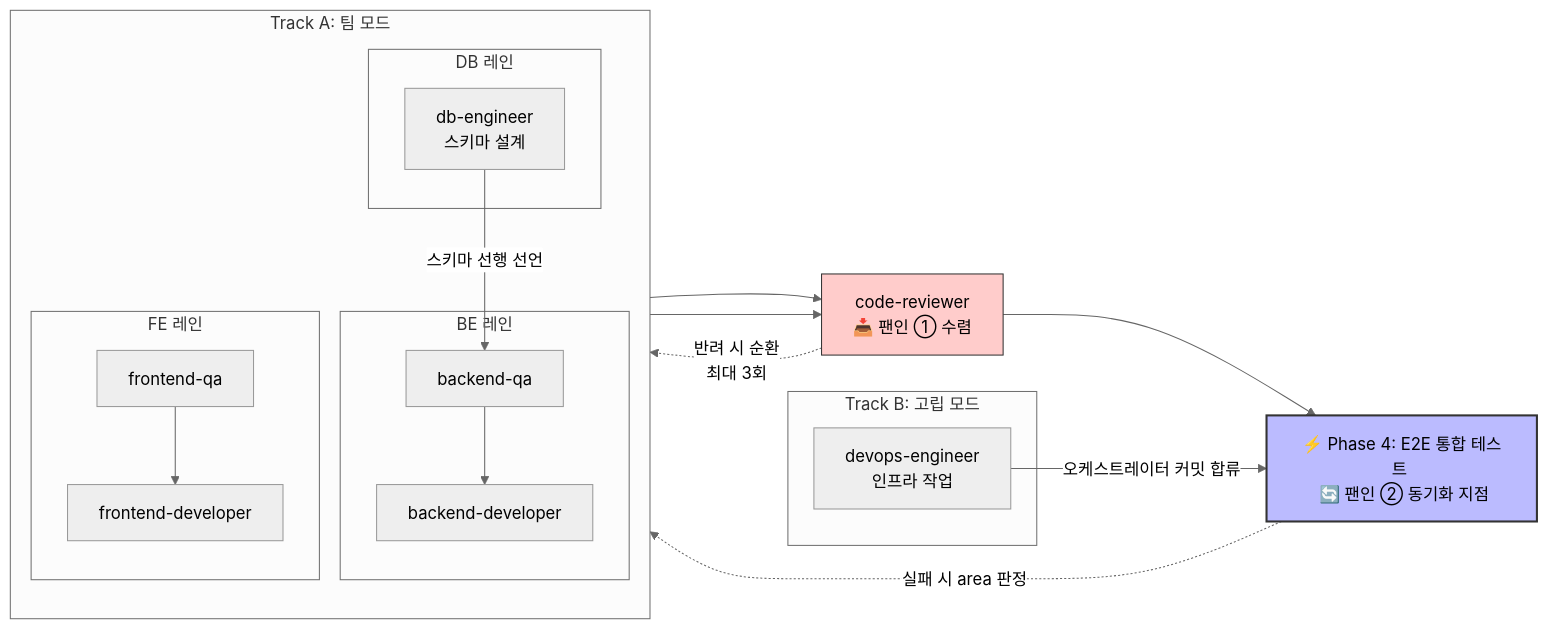
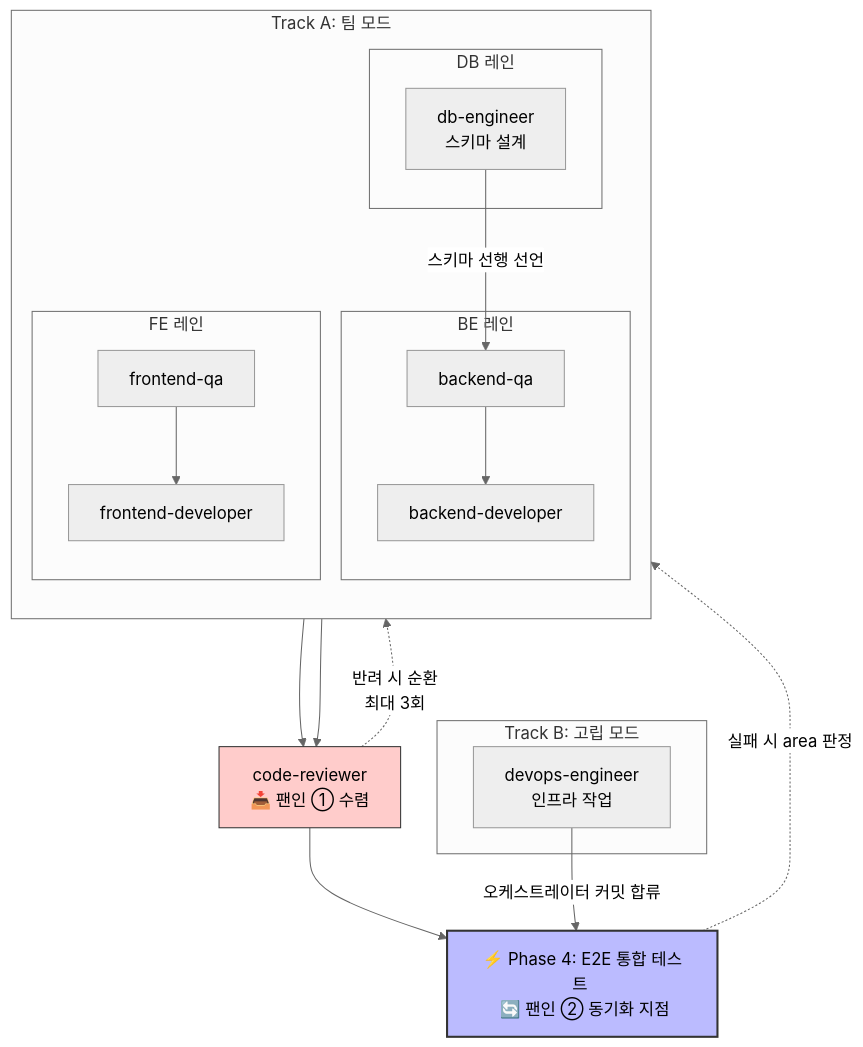
Before and after one commit to nyj001012/web-sdlc-harness: the second of 2 diagrams in README.md, drawn with Mermaid.

Commit message:
docs(readme): Phase 3 상세 다이어그램을 세로 방향으로 바꾼다
graph LR을 graph TD로 바꿨다. Track A/B는 서로 간선이 없어 어차피
같은 랭크에 나란히 배치되므로 배치 자체는 그대로고, 전체 흐름만
좌우 대신 위아래로 읽히게 된다 — 좁은 화면에서 가로 스크롤 없이
보기 좋다.

````diff
--- a/README.md
+++ b/README.md
@@ -200,37 +200,37 @@
 ```mermaid
 %%{init: {'theme': 'neutral', 'config': {'useMaxWidth': true}}}%%
-graph LR
+graph TD
     subgraph Track_A [Track A: 팀 모드]
         direction TB
         subgraph DB [DB 레인]
             db[db-engineer <br> 스키마 설계]
         end
         subgraph BE [BE 레인]
             be_qa[backend-qa] --> be_dev[backend-developer]
         end
         subgraph FE [FE 레인]
             fe_qa[frontend-qa] --> fe_dev[frontend-developer]
         end
         
         db -->|스키마 선행 선언| be_qa
     end
 
     subgraph Track_B [Track B: 고립 모드]
         devops[devops-engineer <br> 인프라 작업]
     end
 
     %% 수렴 및 리뷰 루프
     fe_dev --> CR[code-reviewer <br> 📥 팬인 ① 수렴]
     be_dev --> CR
     CR -.->|반려 시 순환 <br> 최대 3회| Track_A
 
     %% 최종 합류 (Phase 4)
     CR --> P4[⚡ Phase 4: E2E 통합 테스트 <br> 🔄 팬인 ② 동기화 지점]
     devops -->|오케스트레이터 커밋 합류| P4
 
     %% 실패 시 복구
     P4 -.->|실패 시 area 판정| Track_A
 
     style CR fill:#ffcccb,stroke:#333
     style P4 fill:#bbf,stroke:#333,stroke-width:2px
 ```
````
